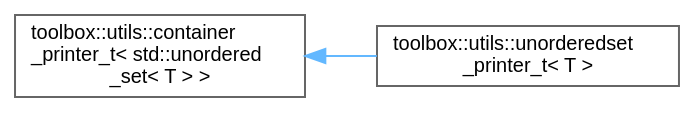
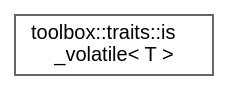
The diagram in inherit_graph_80.dot (nerdneilsfield/cpp-toolbox), drawn with Graphviz before and after one commit. The commit also changed 588 other files, not shown here.

```diff
--- a/inherit_graph_80.dot
+++ b/inherit_graph_80.dot
@@ -1,11 +1,9 @@
 digraph "Graphical Class Hierarchy"
 {
  // LATEX_PDF_SIZE
   bgcolor="transparent";
   edge [fontname=Helvetica,fontsize=10,labelfontname=Helvetica,labelfontsize=10];
   node [fontname=Helvetica,fontsize=10,shape=box,height=0.2,width=0.4];
   rankdir="LR";
-  Node0 [id="Node000000",label="toolbox::utils::container\l_printer_t\< std::unordered\l_set\< T \> \>",height=0.2,width=0.4,color="grey40", fillcolor="white", style="filled",URL="$classtoolbox_1_1utils_1_1container__printer__t.html",tooltip=" "];
-  Node0 -> Node1 [id="edge51_Node000000_Node000001",dir="back",color="steelblue1",style="solid",tooltip=" "];
-  Node1 [id="Node000001",label="toolbox::utils::unorderedset\l_printer_t\< T \>",height=0.2,width=0.4,color="grey40", fillcolor="white", style="filled",URL="$classtoolbox_1_1utils_1_1unorderedset__printer__t.html",tooltip="Unordered Set 打印器/Unordered set printer."];
+  Node0 [id="Node000000",label="toolbox::traits::is\l_volatile\< T \>",height=0.2,width=0.4,color="grey40", fillcolor="white", style="filled",URL="$structtoolbox_1_1traits_1_1is__volatile.html",tooltip="检查类型是否为volatile限定/Check if type is volatile-qualified"];
 }
```
